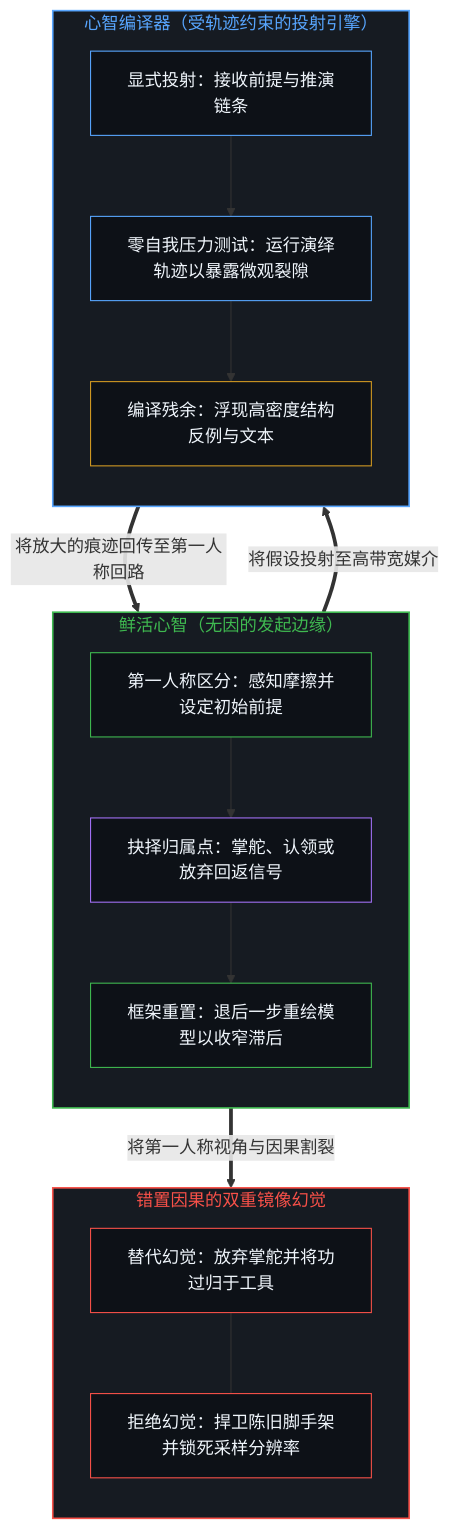
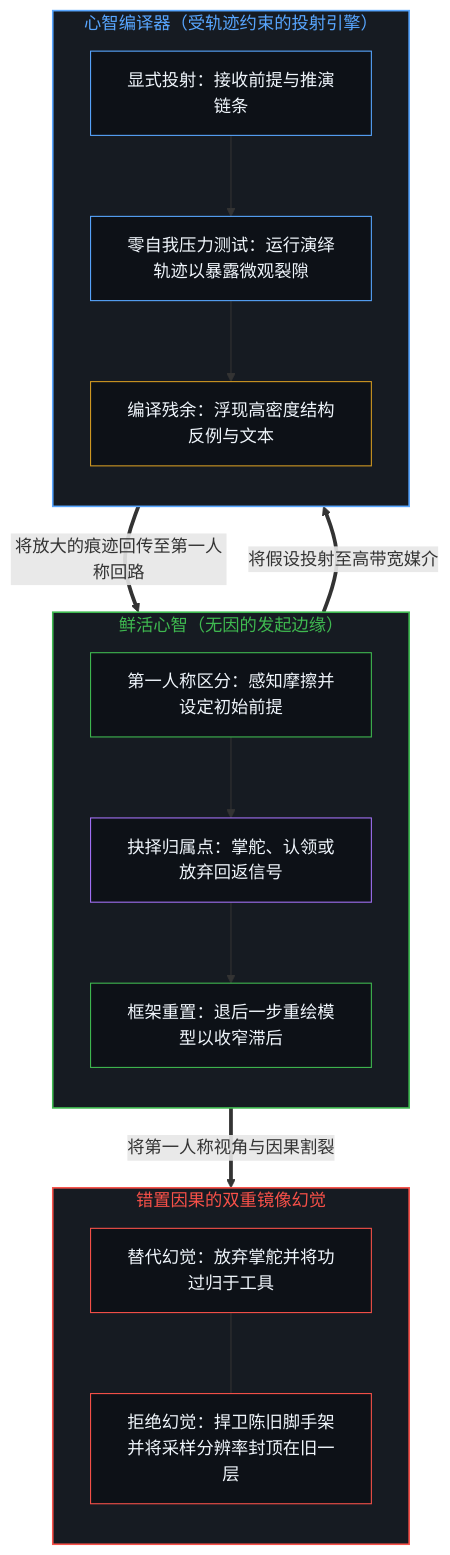
One commit to powerpig99/not-a-toe changed the first of 2 diagrams in content/posts/cuo-zhi-de-yin-guo-yu-xin-zhi-bian-yi-qi.md. Above: the diagram before and after it, drawn with Mermaid. The commit also changed other lines of this file and 13 other files, not shown here.

````diff
--- a/content/posts/cuo-zhi-de-yin-guo-yu-xin-zhi-bian-yi-qi.md
+++ b/content/posts/cuo-zhi-de-yin-guo-yu-xin-zhi-bian-yi-qi.md
@@ -29,37 +29,37 @@
 ```mermaid
 flowchart TD
     subgraph S_Edge["鲜活心智（无因的发起边缘）"]
         direction TB
         M_Premise["第一人称区分：感知摩擦并设定初始前提"]
         M_Choice["抉择归属点：掌舵、认领或放弃回返信号"]
         M_Recal["框架重置：退后一步重绘模型以收窄滞后"]
         M_Premise --> M_Choice --> M_Recal
     end
     subgraph S_Compiler["心智编译器（受轨迹约束的投射引擎）"]
         direction TB
         C_Input["显式投射：接收前提与推演链条"]
         C_Stress["零自我压力测试：运行演绎轨迹以暴露微观裂隙"]
         C_Output["编译残余：浮现高密度结构反例与文本"]
         C_Input --> C_Stress --> C_Output
     end
     subgraph S_Misplaced["错置因果的双重镜像幻觉"]
         direction TB
         I_Replace["替代幻觉：放弃掌舵并将功过归于工具"]
-        I_Refuse["拒绝幻觉：捍卫陈旧脚手架并锁死采样分辨率"]
+        I_Refuse["拒绝幻觉：捍卫陈旧脚手架并将采样分辨率封顶在旧一层"]
         I_Replace --- I_Refuse
     end
     M_Premise ==>|"将假设投射至高带宽媒介"| C_Input
     C_Output ==>|"将放大的痕迹回传至第一人称回路"| M_Choice
     M_Choice ==>|"将第一人称视角与因果割裂"| I_Replace
     style S_Edge fill:#161b22,stroke:#3fb950,stroke-width:1.5px,color:#3fb950
     style S_Compiler fill:#161b22,stroke:#58a6ff,stroke-width:1.5px,color:#58a6ff
     style S_Misplaced fill:#161b22,stroke:#f85149,stroke-width:1.5px,color:#f85149
     style M_Premise fill:#0d1117,stroke:#3fb950,stroke-width:1px,color:#f0f6fc
     style M_Choice fill:#0d1117,stroke:#a371f7,stroke-width:1px,color:#f0f6fc
     style M_Recal fill:#0d1117,stroke:#3fb950,stroke-width:1px,color:#f0f6fc
     style C_Input fill:#0d1117,stroke:#58a6ff,stroke-width:1px,color:#f0f6fc
     style C_Stress fill:#0d1117,stroke:#58a6ff,stroke-width:1px,color:#f0f6fc
     style C_Output fill:#0d1117,stroke:#d29922,stroke-width:1px,color:#f0f6fc
     style I_Replace fill:#0d1117,stroke:#f85149,stroke-width:1px,color:#f0f6fc
     style I_Refuse fill:#0d1117,stroke:#f85149,stroke-width:1px,color:#f0f6fc
 ```
````
